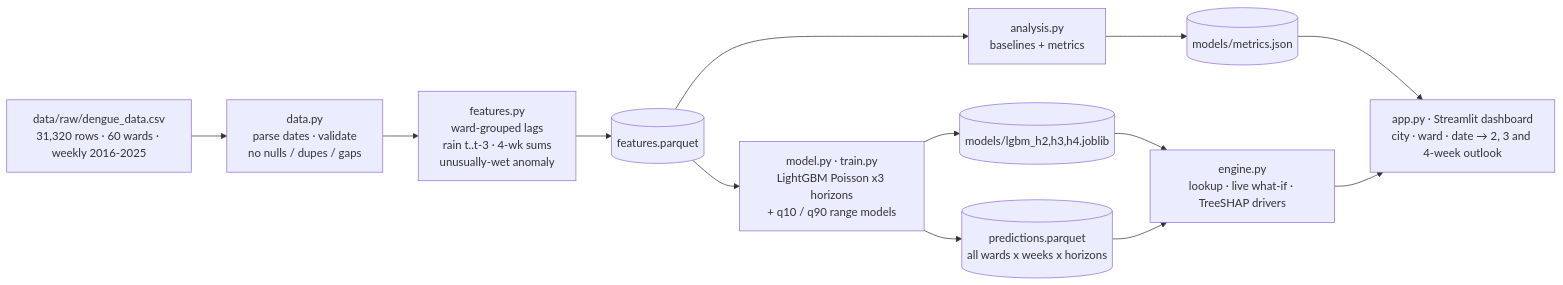
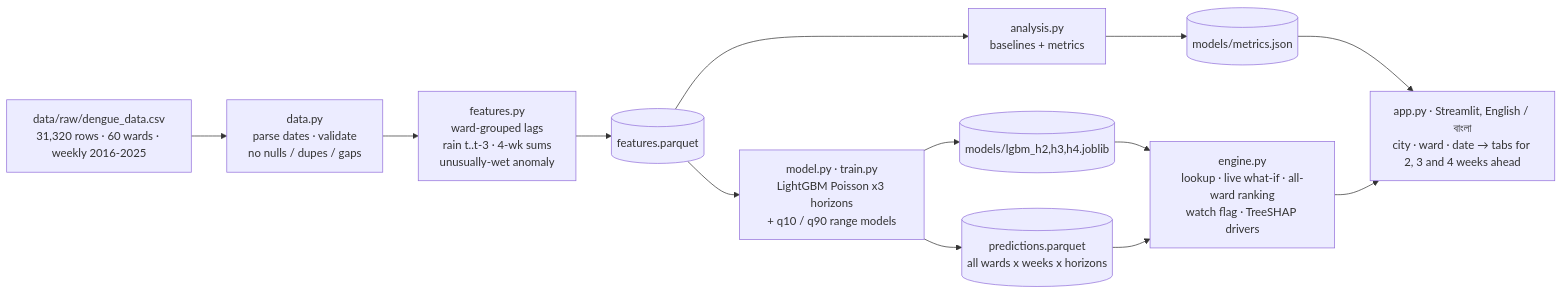
One commit to fahim75755/HACKATHON-26 changed the diagram in ARCHITECTURE.md. Above: the diagram before and after it, drawn with Mermaid. The commit also changed other lines of this file and 1 other file, not shown here.

First line of the commit message:
Docs: update architecture to match current dashboard

````diff
--- a/ARCHITECTURE.md
+++ b/ARCHITECTURE.md
@@ -5,15 +5,15 @@
 ```mermaid
 flowchart LR
     A[data/raw/dengue_data.csv<br/>31,320 rows · 60 wards · weekly 2016-2025] --> B[data.py<br/>parse dates · validate<br/>no nulls / dupes / gaps]
     B --> C[features.py<br/>ward-grouped lags<br/>rain t..t-3 · 4-wk sums<br/>unusually-wet anomaly]
     C --> D[(features.parquet)]
     D --> E[model.py · train.py<br/>LightGBM Poisson x3 horizons<br/>+ q10 / q90 range models]
     D --> F[analysis.py<br/>baselines + metrics]
     E --> G[(models/lgbm_h2,h3,h4.joblib)]
     F --> H[(models/metrics.json)]
     E --> I[(predictions.parquet<br/>all wards x weeks x horizons)]
-    G --> J[engine.py<br/>lookup · live what-if · TreeSHAP drivers]
+    G --> J[engine.py<br/>lookup · live what-if · all-ward ranking<br/>watch flag · TreeSHAP drivers]
     I --> J
     H --> K
-    J --> K[app.py · Streamlit dashboard<br/>city · ward · date → 2, 3 and 4-week outlook]
+    J --> K[app.py · Streamlit, English / বাংলা<br/>city · ward · date → tabs for 2, 3 and 4 weeks ahead]
 ```
````
